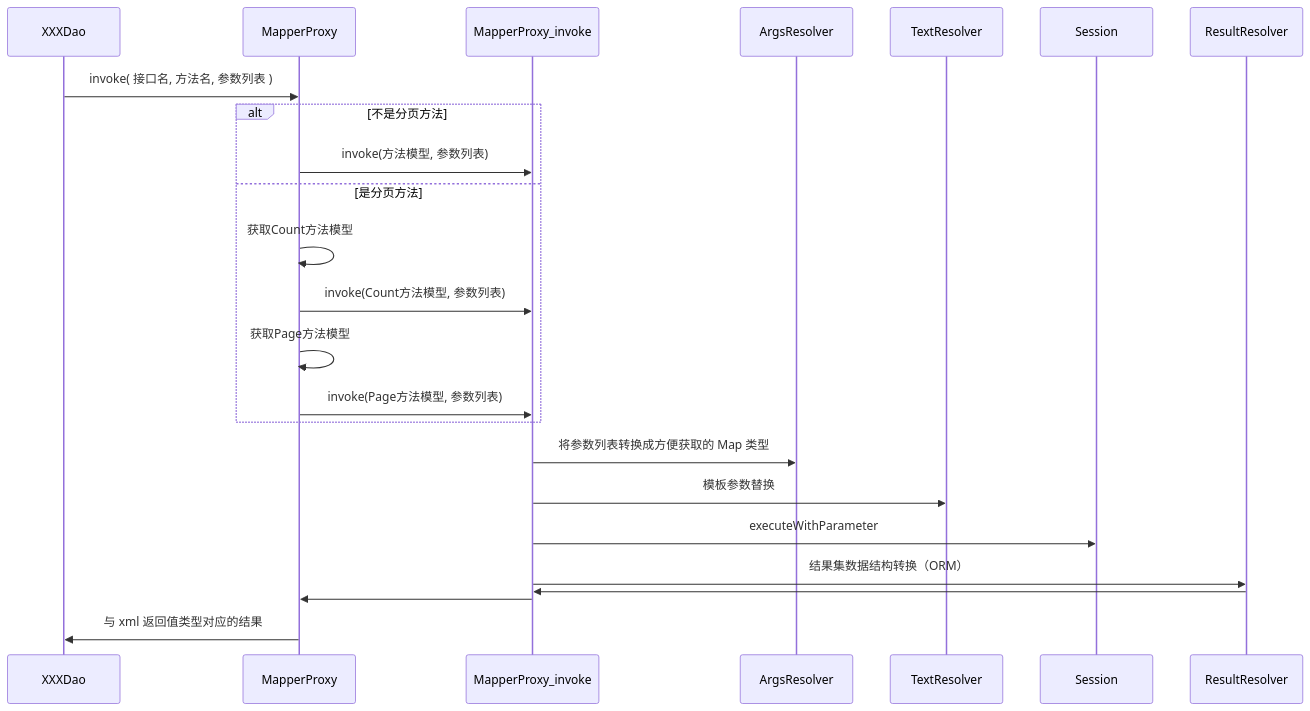
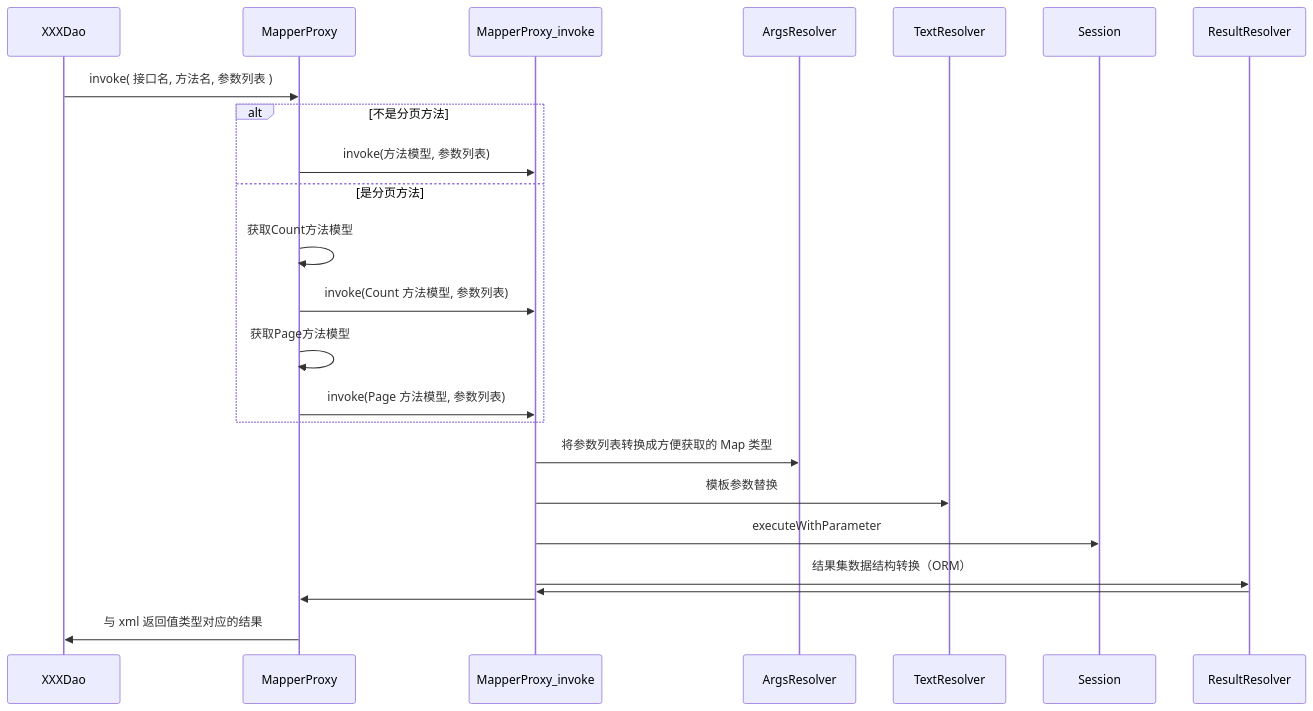
Before and after one commit to graph-cn/ngbatis-docs: the second of 2 diagrams in docs/step-forward-docs/operation-sequence.md, drawn with Mermaid. The commit also changed other lines of this file and 15 other files, not shown here.

````diff
--- a/docs/step-forward-docs/operation-sequence.md
+++ b/docs/step-forward-docs/operation-sequence.md
@@ -42,19 +44,19 @@
 ```mermaid
 sequenceDiagram
   XXXDao->>MapperProxy: invoke( 接口名, 方法名, 参数列表 )
   alt 不是分页方法
       MapperProxy->>MapperProxy_invoke: invoke(方法模型, 参数列表)
   else 是分页方法
       MapperProxy->>MapperProxy: 获取Count方法模型
-      MapperProxy->>MapperProxy_invoke: invoke(Count方法模型, 参数列表)
+      MapperProxy->>MapperProxy_invoke: invoke(Count 方法模型, 参数列表)
       MapperProxy->>MapperProxy: 获取Page方法模型
-      MapperProxy->>MapperProxy_invoke: invoke(Page方法模型, 参数列表)
+      MapperProxy->>MapperProxy_invoke: invoke(Page 方法模型, 参数列表)
   end
   MapperProxy_invoke->>ArgsResolver: 将参数列表转换成方便获取的 Map 类型
   MapperProxy_invoke->>TextResolver: 模板参数替换
   MapperProxy_invoke->>Session: executeWithParameter
   MapperProxy_invoke->>ResultResolver: 结果集数据结构转换（ORM）
   ResultResolver->>MapperProxy_invoke: 
   MapperProxy_invoke->>MapperProxy: 
   MapperProxy->> XXXDao: 与 xml 返回值类型对应的结果
 ```
````
